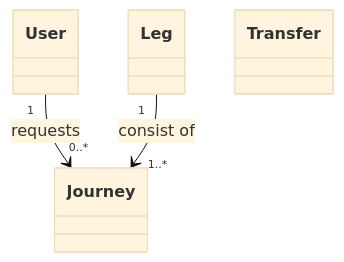
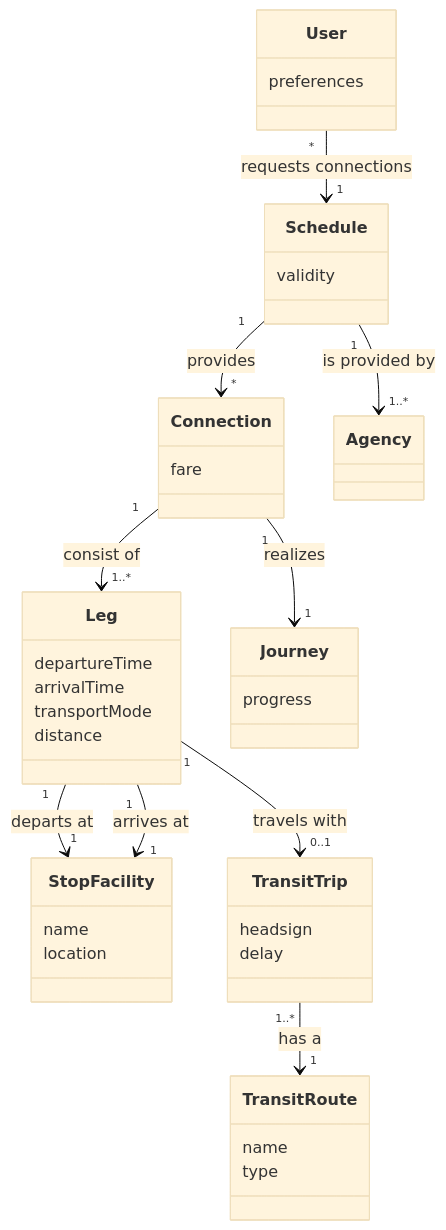
Before and after one commit to naviqore/documentation: the diagram in analysis/domain-model-user.md, drawn with Mermaid (base theme). The commit also changed other lines of this file, not shown here.

Commit message:
Domain model user perspective

````diff
--- a/analysis/domain-model-user.md
+++ b/analysis/domain-model-user.md
@@ -3,20 +3,45 @@
 ```mermaid
 classDiagram
+    class Schedule {
+        validity
+    }
     class User {
-
+        preferences
+    }
+    class Connection {
+        fare
+    }
+    class StopFacility {
+        name
+        location
+    }
+    class Leg {
+        departureTime
+        arrivalTime
+        transportMode
+        distance
     }
     class Journey {
-
+        progress
     }
-    class Leg {
-
+    class TransitRoute {
+        name
+        type
     }
-    class Transfer {
-
+    class TransitTrip {
+        headsign
+        delay
     }
 
-    User "1" --> "0..*" Journey: requests
-    Leg "1" --> "1..*" Journey: consist of
-    
+    Schedule "1" --> "1..*" Agency: is provided by
+    User "*" --> "1" Schedule: requests connections
+    Schedule "1" --> "*" Connection: provides
+    Connection "1" --> "1" Journey: realizes
+    Connection "1" --> "1..*" Leg: consist of
+    Leg "1" --> "1" StopFacility: departs at
+    Leg "1" --> "1" StopFacility: arrives at
+    Leg "1" --> "0..1" TransitTrip: travels with
+    TransitTrip "1..*" --> "1" TransitRoute: has a
+
 
 ```
````
